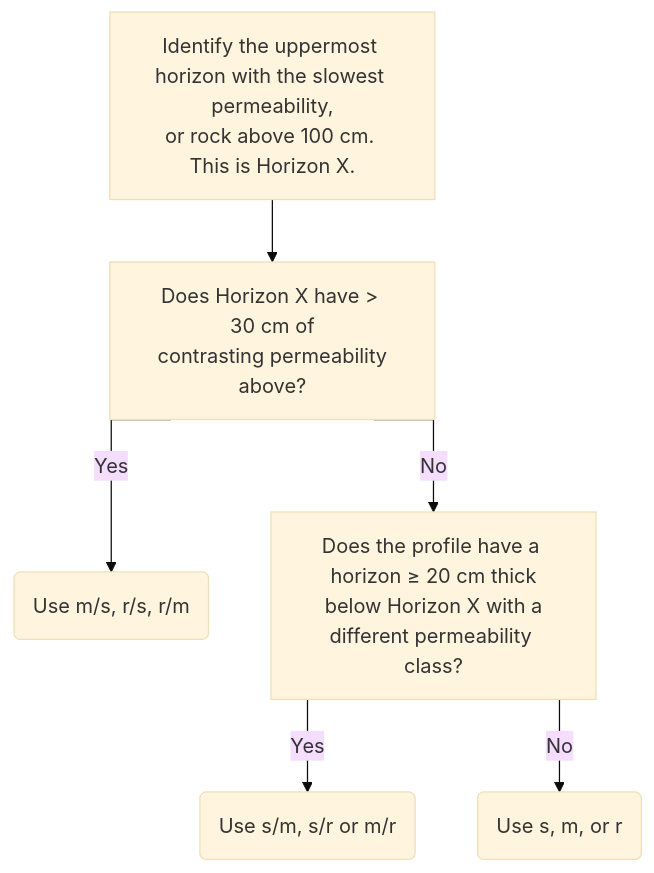
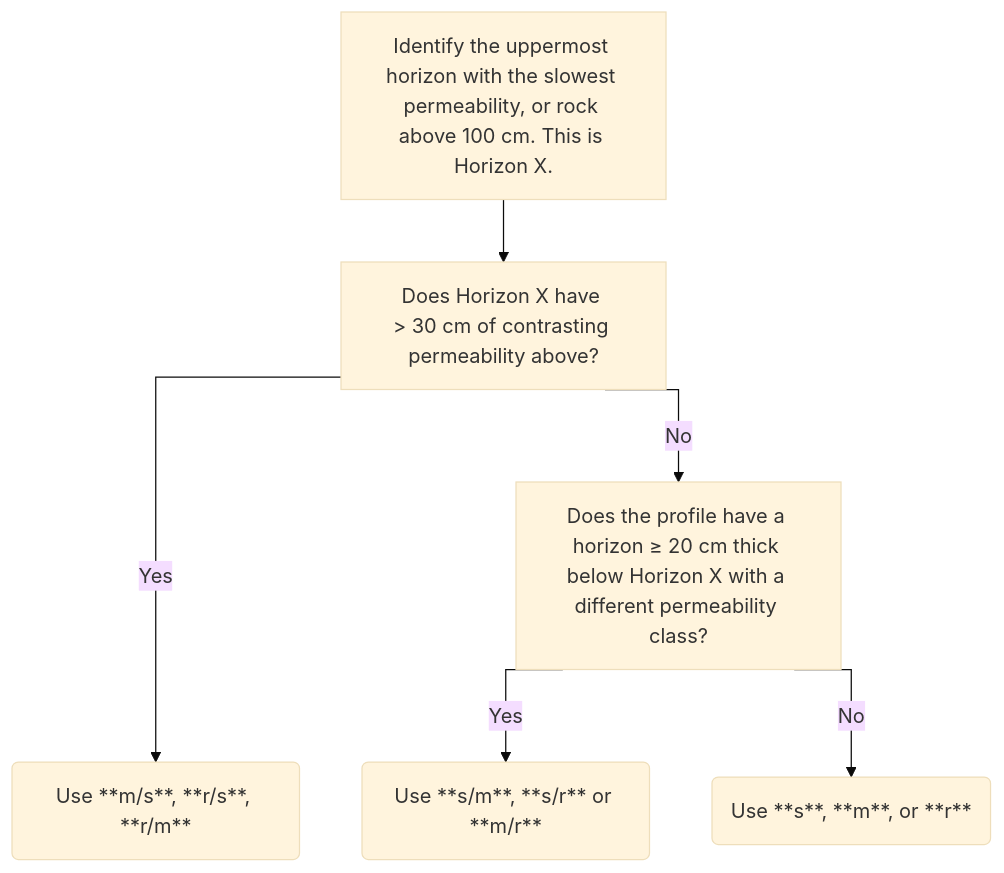
The diagram in in_06_nzsc_familysibling.qmd (manaakiwhenua/NZ_soildesc_2024), drawn with Mermaid (base theme) before and after one commit. The commit also changed other lines of this file and 14 other files, not shown here.

````diff
--- a/in_06_nzsc_familysibling.qmd
+++ b/in_06_nzsc_familysibling.qmd
@@ -198,13 +198,13 @@
 ```{mermaid}
 %%| label: fig-in-famperm
 %%| fig-cap: "NZSC Family permeability flowchart"
 
 %%{ init: { 'flowchart': { 'curve': 'stepAfter' } } }%%
 graph TD
-  A[Identify the uppermost horizon with the slowest permeability,<br />or rock above 100 cm. This is Horizon X.]-->B[Does Horizon X have > 30 cm of<br /> contrasting permeability above?]
-  B-->|Yes|C(Use m/s, r/s, r/m)
-  B--> |No|D["Does the profile have a horizon ≥ 20 cm thick"<br /> below Horizon X with a different permeability class?]
-  D-->|Yes|E(Use s/m, s/r or m/r)
-  D-->|No|F(Use s, m, or r)
+  A[Identify the uppermost horizon with the slowest permeability, or rock above 100 cm. This is Horizon X.]-->B[Does Horizon X have > 30 cm of contrasting permeability above?]
+  B--->|Yes|C("Use **m/s**, **r/s**, **r/m**")
+  B--> |No|D["Does the profile have a horizon ≥ 20 cm thick below Horizon X with a different permeability class?"]
+  D-->|Yes|E("Use **s/m**, **s/r** or **m/r**")
+  D-->|No|F("Use **s**, **m**, or **r**")
   
 ```
````
